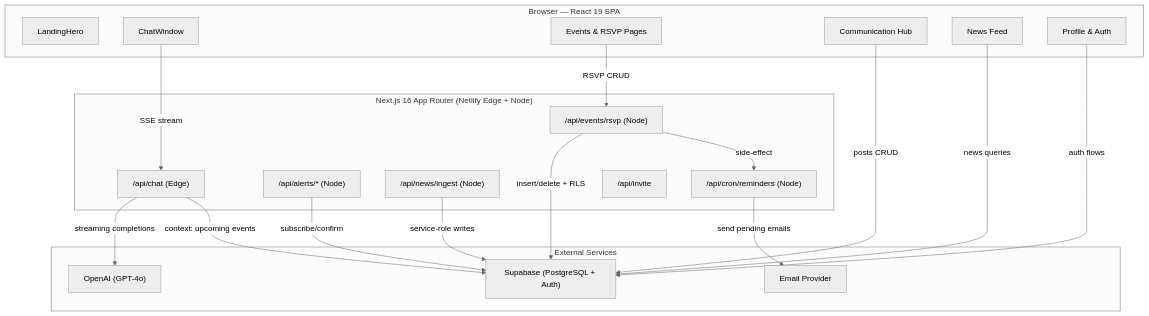
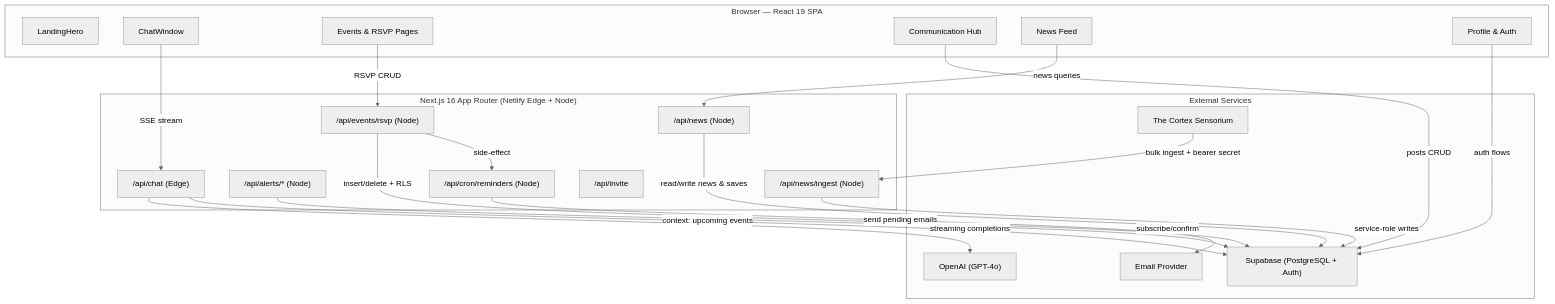
Before and after one commit to Guatapickl/gay-i-concierge: the first of 5 diagrams in docs/architecture.md, drawn with Mermaid (neutral theme). The commit also changed other lines of this file and 5 other files, not shown here.

````diff
--- a/docs/architecture.md
+++ b/docs/architecture.md
@@ -38,42 +28,48 @@
 ```mermaid
 flowchart TD
     subgraph Client["Browser — React 19 SPA"]
         LH[LandingHero]
         CW[ChatWindow]
         EV[Events & RSVP Pages]
         HUB[Communication Hub]
         FEED[News Feed]
         PROF[Profile & Auth]
     end
 
     subgraph NextJS["Next.js 16 App Router (Netlify Edge + Node)"]
         CHAT_API["/api/chat (Edge)"]
         RSVP_API["/api/events/rsvp (Node)"]
         ALERT_API["/api/alerts/* (Node)"]
-        NEWS_API["/api/news/ingest (Node)"]
+        NEWS_FEED_API["/api/news (Node)"]
+        NEWS_INGEST_API["/api/news/ingest (Node)"]
         CRON["/api/cron/reminders (Node)"]
         INVITE_API["/api/invite"]
     end
 
     subgraph External["External Services"]
         OAI["OpenAI (GPT-4o)"]
         SB["Supabase (PostgreSQL + Auth)"]
         MAIL["Email Provider"]
+        CORTEX["The Cortex Sensorium"]
     end
 
     CW -->|SSE stream| CHAT_API
     CHAT_API -->|streaming completions| OAI
     CHAT_API -->|context: upcoming events| SB
 
     EV -->|RSVP CRUD| RSVP_API
     RSVP_API -->|insert/delete + RLS| SB
     RSVP_API -->|side-effect| CRON
 
     PROF -->|auth flows| SB
     HUB -->|posts CRUD| SB
-    FEED -->|news queries| SB
-    NEWS_API -->|service-role writes| SB
+    
+    FEED -->|news queries| NEWS_FEED_API
+    NEWS_FEED_API -->|read/write news & saves| SB
+    
+    CORTEX -->|bulk ingest + bearer secret| NEWS_INGEST_API
+    NEWS_INGEST_API -->|service-role writes| SB
 
     ALERT_API -->|subscribe/confirm| SB
     CRON -->|send pending emails| MAIL
 ```
````
